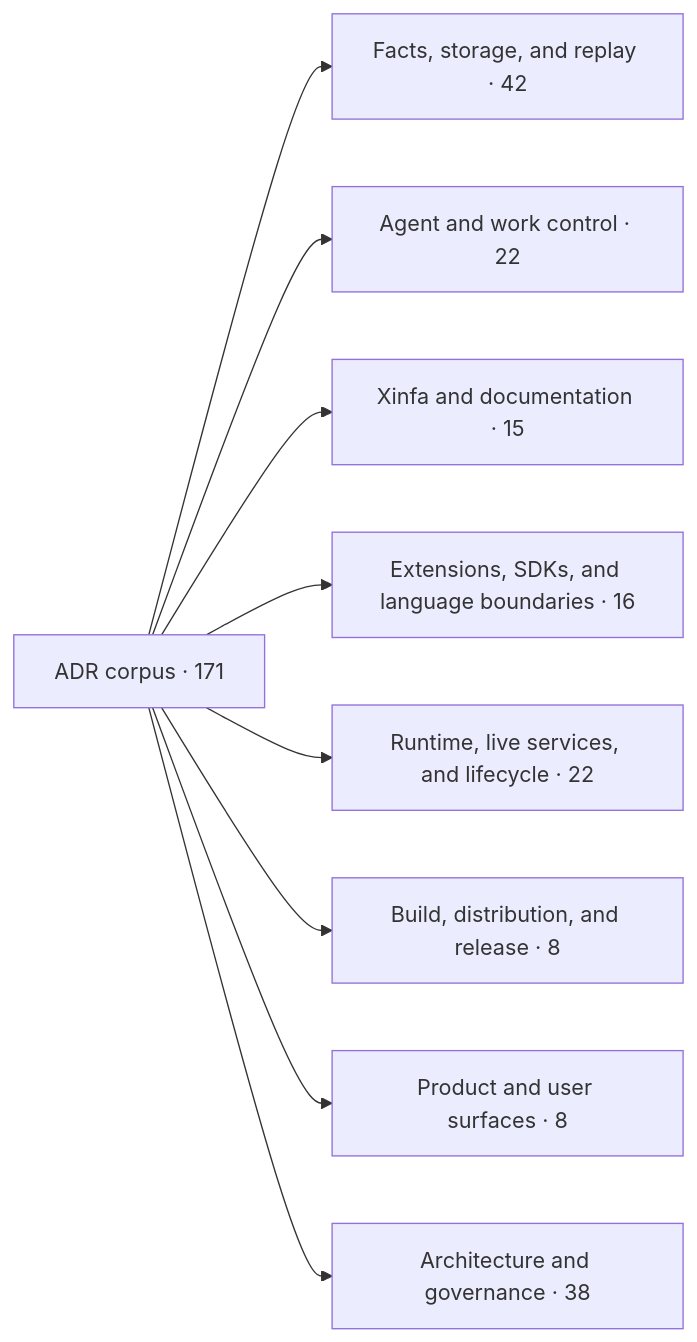
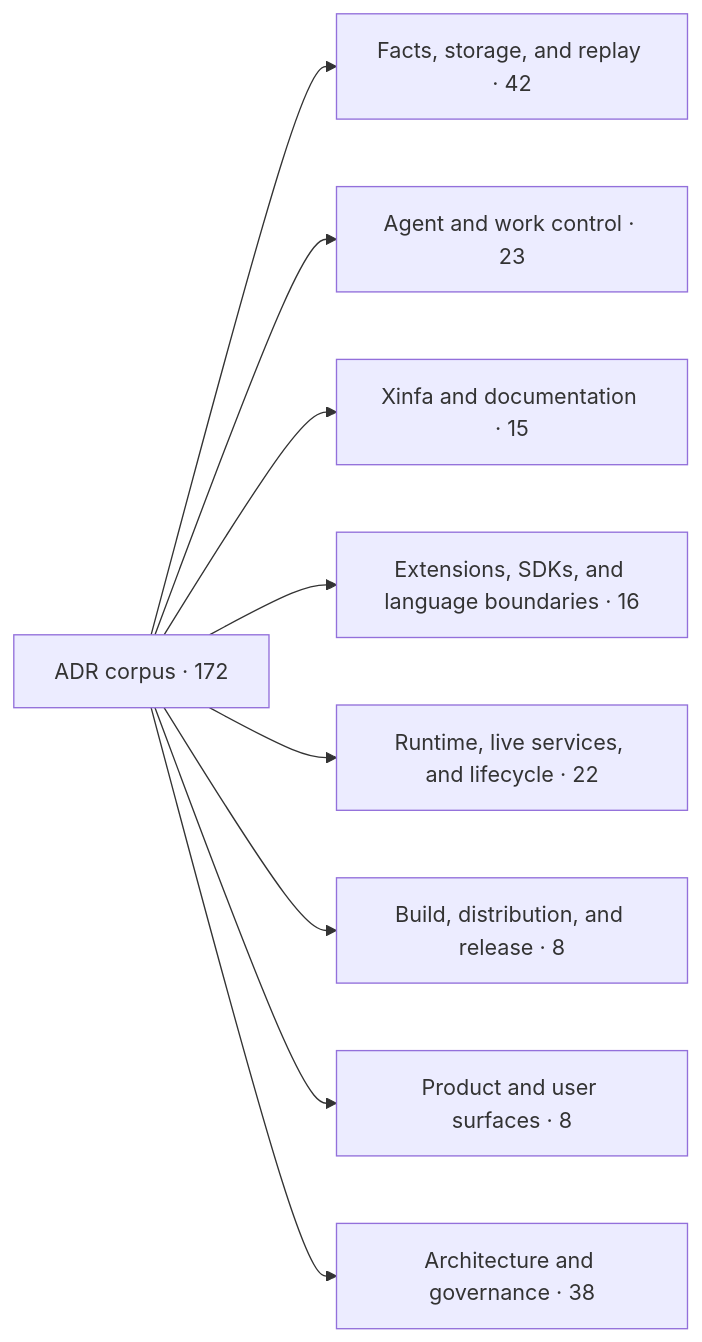
One commit to PterX/kungfu changed the first of 2 diagrams in docs/architecture/adr-map.md. Above: the diagram before and after it, drawn with Mermaid. The commit also changed other lines of this file and 32 other files, not shown here.

````diff
--- a/docs/architecture/adr-map.md
+++ b/docs/architecture/adr-map.md
@@ -20,12 +20,12 @@
 ```mermaid
 flowchart LR
-  root["ADR corpus · 171"]
+  root["ADR corpus · 172"]
   root --> d0["Facts, storage, and replay · 42"]
-  root --> d1["Agent and work control · 22"]
+  root --> d1["Agent and work control · 23"]
   root --> d2["Xinfa and documentation · 15"]
   root --> d3["Extensions, SDKs, and language boundaries · 16"]
   root --> d4["Runtime, live services, and lifecycle · 22"]
   root --> d5["Build, distribution, and release · 8"]
   root --> d6["Product and user surfaces · 8"]
   root --> d7["Architecture and governance · 38"]
 ```
````
